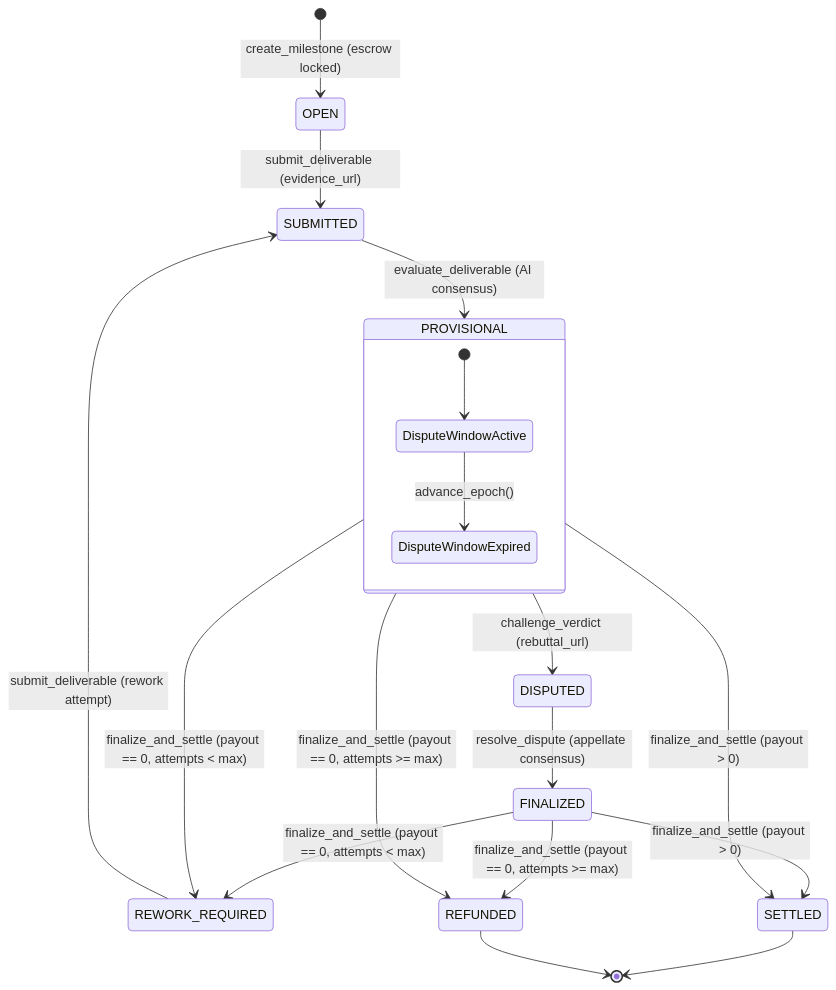
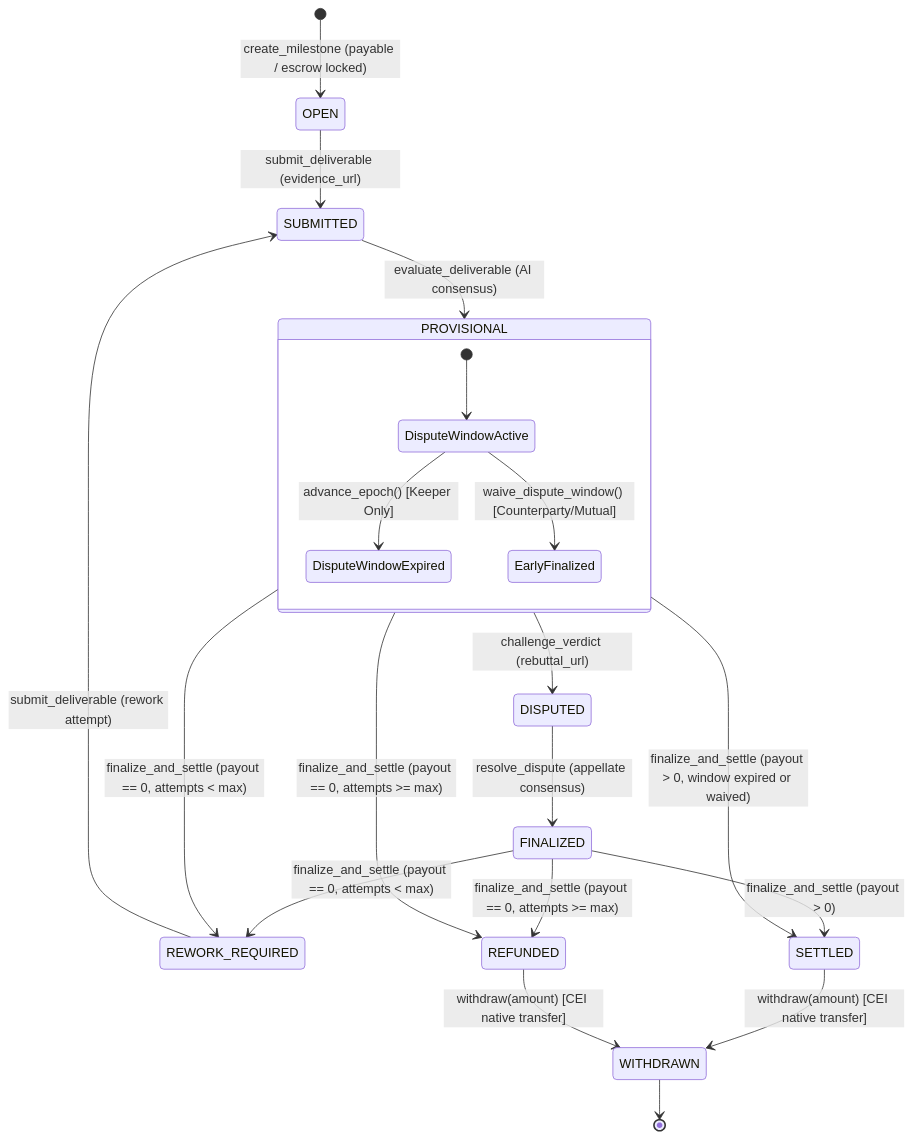
The diagram in README.md (JimmyOgb/milestone_release), drawn with Mermaid before and after one commit. The commit also changed other lines of this file and 3 other files, not shown here.

Commit message:
feat: value-backed payable escrow, real withdraw path, restricted advance_epoch & dispute waivers

````diff
--- a/README.md
+++ b/README.md
@@ -53,27 +59,30 @@
 ```mermaid
 stateDiagram-v2
-    [*] --> OPEN: create_milestone (escrow locked)
+    [*] --> OPEN: create_milestone (payable / escrow locked)
     OPEN --> SUBMITTED: submit_deliverable (evidence_url)
     REWORK_REQUIRED --> SUBMITTED: submit_deliverable (rework attempt)
     SUBMITTED --> PROVISIONAL: evaluate_deliverable (AI consensus)
     
     state PROVISIONAL {
         [*] --> DisputeWindowActive
-        DisputeWindowActive --> DisputeWindowExpired: advance_epoch()
+        DisputeWindowActive --> DisputeWindowExpired: advance_epoch() [Keeper Only]
+        DisputeWindowActive --> EarlyFinalized: waive_dispute_window() [Counterparty/Mutual]
     }
     
     PROVISIONAL --> DISPUTED: challenge_verdict (rebuttal_url)
     DISPUTED --> FINALIZED: resolve_dispute (appellate consensus)
     
-    PROVISIONAL --> SETTLED: finalize_and_settle (payout > 0)
+    PROVISIONAL --> SETTLED: finalize_and_settle (payout > 0, window expired or waived)
     FINALIZED --> SETTLED: finalize_and_settle (payout > 0)
     
     PROVISIONAL --> REWORK_REQUIRED: finalize_and_settle (payout == 0, attempts < max)
     FINALIZED --> REWORK_REQUIRED: finalize_and_settle (payout == 0, attempts < max)
     
     PROVISIONAL --> REFUNDED: finalize_and_settle (payout == 0, attempts >= max)
     FINALIZED --> REFUNDED: finalize_and_settle (payout == 0, attempts >= max)
     
-    SETTLED --> [*]
-    REFUNDED --> [*]
+    SETTLED --> WITHDRAWN: withdraw(amount) [CEI native transfer]
+    REFUNDED --> WITHDRAWN: withdraw(amount) [CEI native transfer]
+    
+    WITHDRAWN --> [*]
 ```
````
